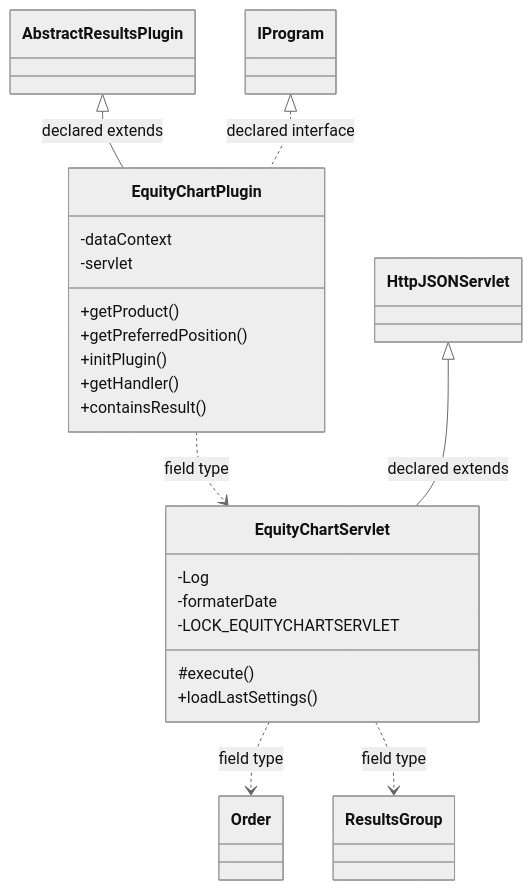
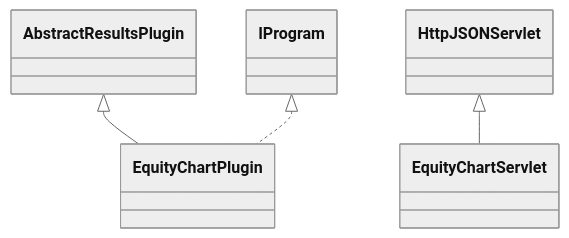
Before and after one commit to haruperi/HaruQuantAI: the diagram in docs/sqx/Results/ResultsEquityChart.md, drawn with Mermaid (neutral theme). The commit also changed other lines of this file and 1688 other files, not shown here.

````diff
--- a/docs/sqx/Results/ResultsEquityChart.md
+++ b/docs/sqx/Results/ResultsEquityChart.md
@@ -30,30 +26,11 @@
 ```mermaid
 classDiagram
-    class C62d2e0fc02ae["EquityChartPlugin"] {
-        -dataContext
-        -servlet
-        +getProduct()
-        +getPreferredPosition()
-        +initPlugin()
-        +getHandler()
-        +containsResult()
-    }
-    class C330096fd16c1["EquityChartServlet"] {
-        -Log
-        -formaterDate
-        -LOCK_EQUITYCHARTSERVLET
-        #execute()
-        +loadLastSettings()
-    }
-    class C1b6b4448b67b["IProgram"]
-    class C5edd3fc0ac53["Order"]
-    class C81fcbc41b716["ResultsGroup"]
-    class C180e0c3f58c3["AbstractResultsPlugin"]
-    class C8900f90ae594["HttpJSONServlet"]
-    C180e0c3f58c3 <|-- C62d2e0fc02ae : declared extends
-    C1b6b4448b67b <|.. C62d2e0fc02ae : declared interface
-    C62d2e0fc02ae ..> C330096fd16c1 : field type
-    C8900f90ae594 <|-- C330096fd16c1 : declared extends
-    C330096fd16c1 ..> C5edd3fc0ac53 : field type
-    C330096fd16c1 ..> C81fcbc41b716 : field type
+    class C0["EquityChartPlugin"]
+    class C1["EquityChartServlet"]
+    class E0["AbstractResultsPlugin"]
+    E0 <|-- C0
+    class E1["IProgram"]
+    E1 <|.. C0
+    class E2["HttpJSONServlet"]
+    E2 <|-- C1
 ```
````
